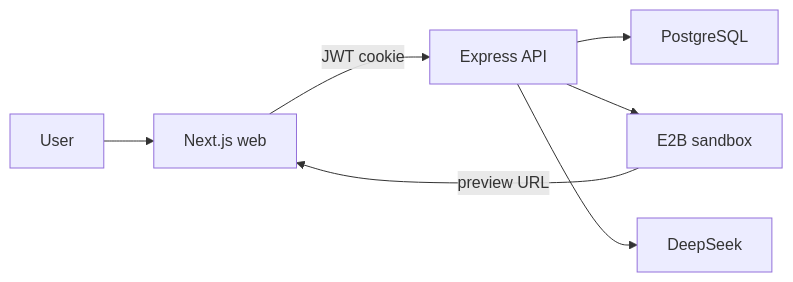
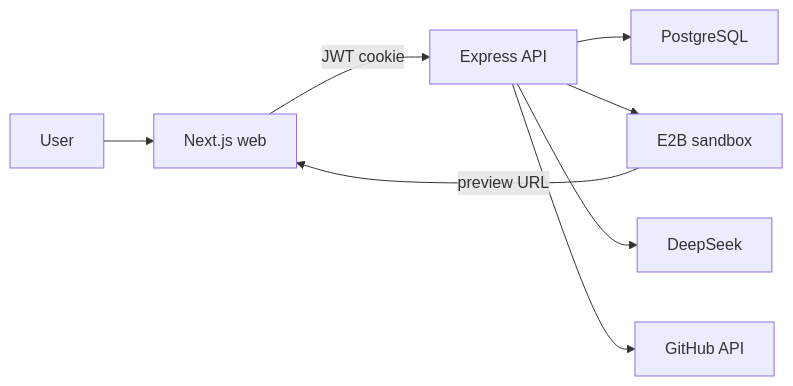
One commit to ashishxjhaa/Zuno changed the diagram in README.md. Above: the diagram before and after it, drawn with Mermaid. The commit also changed other lines of this file and 6 other files, not shown here.

Commit message:
Refresh README with hero screenshots, architecture docs, and EC2 deployment guide.

````diff
--- a/README.md
+++ b/README.md
@@ -185,9 +147,10 @@
 ```mermaid
 flowchart LR
     user[User] --> web[Next.js web]
     web -->|JWT cookie| api[Express API]
     api --> postgres[PostgreSQL]
     api --> e2b[E2B sandbox]
     api --> deepseek[DeepSeek]
+    api --> github[GitHub API]
     e2b -->|preview URL| web
 ```
````
